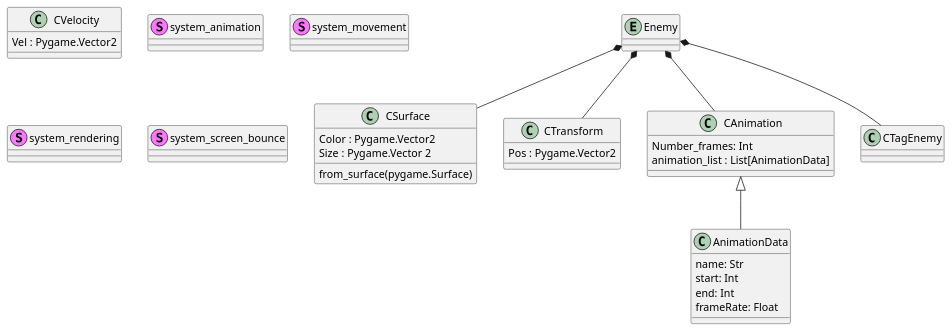
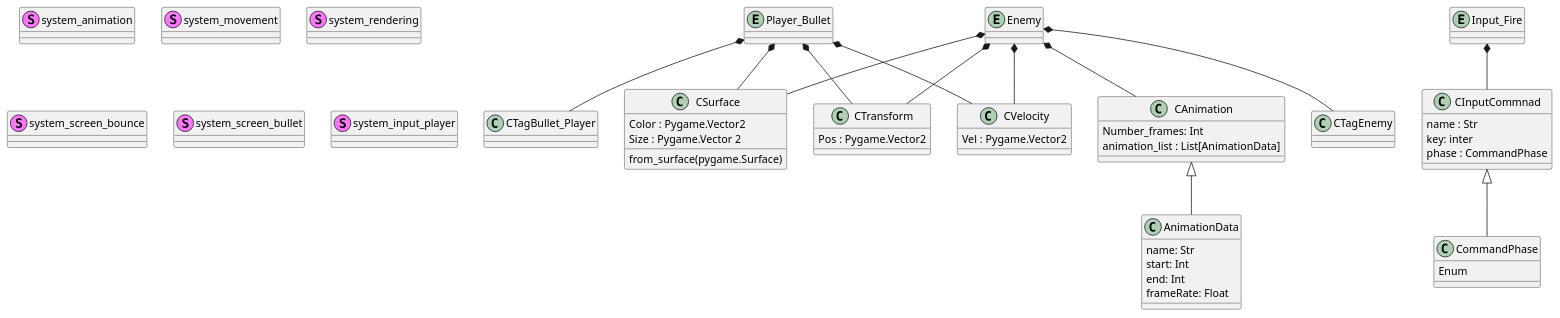
The diagram in Documentation/digram.puml (shiomar-salazar/MISW-4407-NoobPower), drawn with PlantUML before and after one commit. The commit also changed 10 other files, not shown here.

```diff
--- a/Documentation/digram.puml
+++ b/Documentation/digram.puml
@@ -1,85 +1,95 @@
 @startuml
 entity Enemy
+entity Player_Bullet
+entity Input_Fire
 /'
 entity Player
-entity Player_Bullet
 entity Enemy_Bullet
 entity Explotion
 entity Player_Input
 '/
 
 
 class CSurface {
     Color : Pygame.Vector2
     Size : Pygame.Vector 2
     from_surface(pygame.Surface)
 }
 class CTransform {
     Pos : Pygame.Vector2
 }
 class CVelocity {
     Vel : Pygame.Vector2
 }
 class CAnimation {
     Number_frames: Int
     animation_list : List[AnimationData]
 }
 class AnimationData {
     name: Str
     start: Int
     end: Int
     frameRate: Float
 }
+class CInputCommnad {
+    name : Str
+    key: inter
+    phase : CommandPhase
+}
+class CommandPhase {
+    Enum
+}
 
 /'
 class CPlayerState {
     state : PlayerState
 }
 class PlayerState {
-    Enum
-}
-class CInputCommnad {
-    name : Str
-    key: inter
-    phase : CommandPhase
-}
-class CommandPhase {
     Enum
 }
 '/
 
 class CTagEnemy
 
 /'
 class CTagBullet_Player
 class CTagBullet_Enemy
 class CTagExplotion
 class CTagPlayer
 '/
 
 stereotype system_animation
 stereotype system_movement
 stereotype system_rendering
 stereotype system_screen_bounce
+stereotype system_screen_bullet
+stereotype system_input_player
 /'
 stereotype system_collision_enemy_bullet
 stereotype system_collision_player_enemy
 stereotype system_explosion_kill
-stereotype system_input_player
 stereotype system_player_state
-stereotype system_screen_bullet
 stereotype system_screen_player
 '/
 
 CAnimation <|-- AnimationData
+CInputCommnad <|-- CommandPhase
 /'
 CPlayerState <|-- PlayerState
-CInputCommnad <|-- CommandPhase
 '/
 
 Enemy *-- CTagEnemy
 Enemy *-- CAnimation
 Enemy *-- CSurface
 Enemy *-- CTransform
+Enemy *-- CVelocity
+
+Player_Bullet *-- CTagBullet_Player
+Player_Bullet *-- CSurface
+Player_Bullet *-- CTransform
+Player_Bullet *-- CVelocity
+
+Input_Fire *-- CInputCommnad
+
 
 @enduml
```
